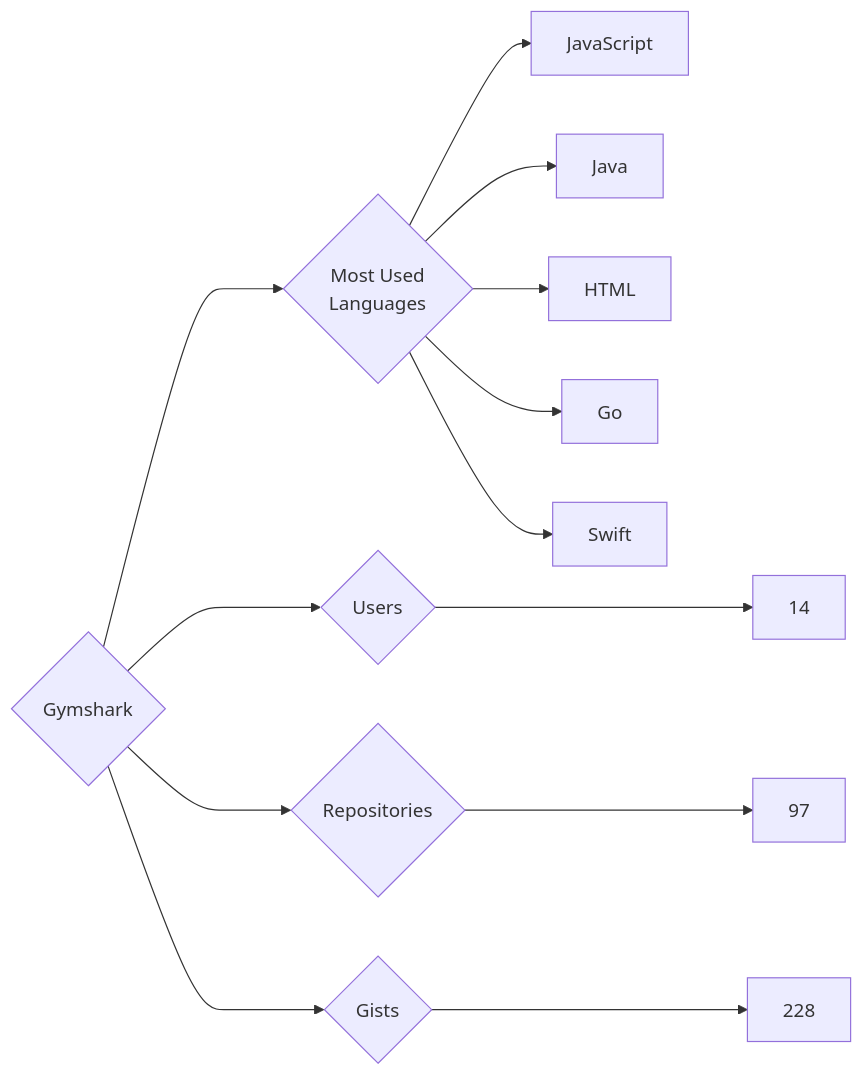
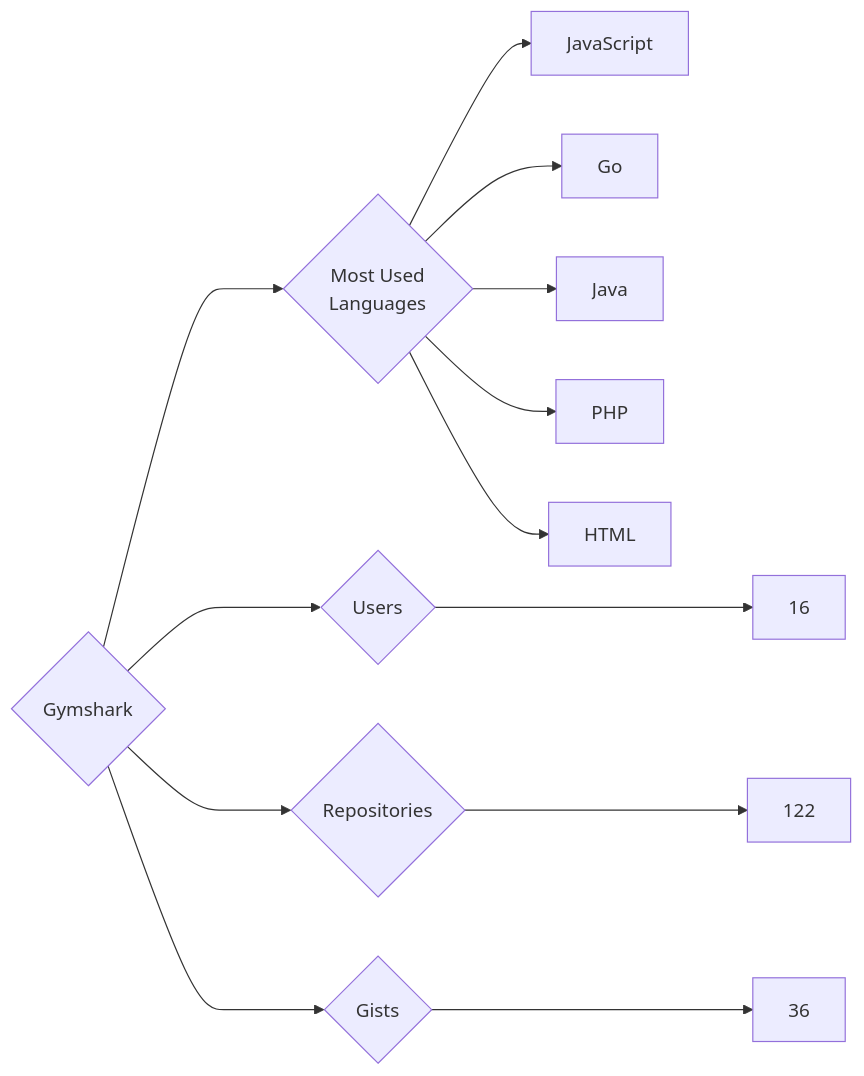
The diagram in targets/Gymshark/README.md (trickest/insiders), drawn with Mermaid before and after one commit. The commit also changed 953 other files, not shown here.

````diff
--- a/targets/Gymshark/README.md
+++ b/targets/Gymshark/README.md
@@ -3,13 +3,13 @@
 ```mermaid
 graph LR
 COMPANY_NAME{Gymshark}
-COMPANY_NAME ---> U{Users} ---> UN[14]
-COMPANY_NAME ---> R{Repositories} ---> RN[97]
-COMPANY_NAME ---> G{Gists} ---> GN[228]
+COMPANY_NAME ---> U{Users} ---> UN[16]
+COMPANY_NAME ---> R{Repositories} ---> RN[122]
+COMPANY_NAME ---> G{Gists} ---> GN[36]
 COMPANY_NAME ---> ML{Most Used<br>Languages}
 ML --> JavaScript[JavaScript]
+ML --> Go[Go]
 ML --> Java[Java]
+ML --> PHP[PHP]
 ML --> HTML[HTML]
-ML --> Go[Go]
-ML --> Swift[Swift]
 ```
````
